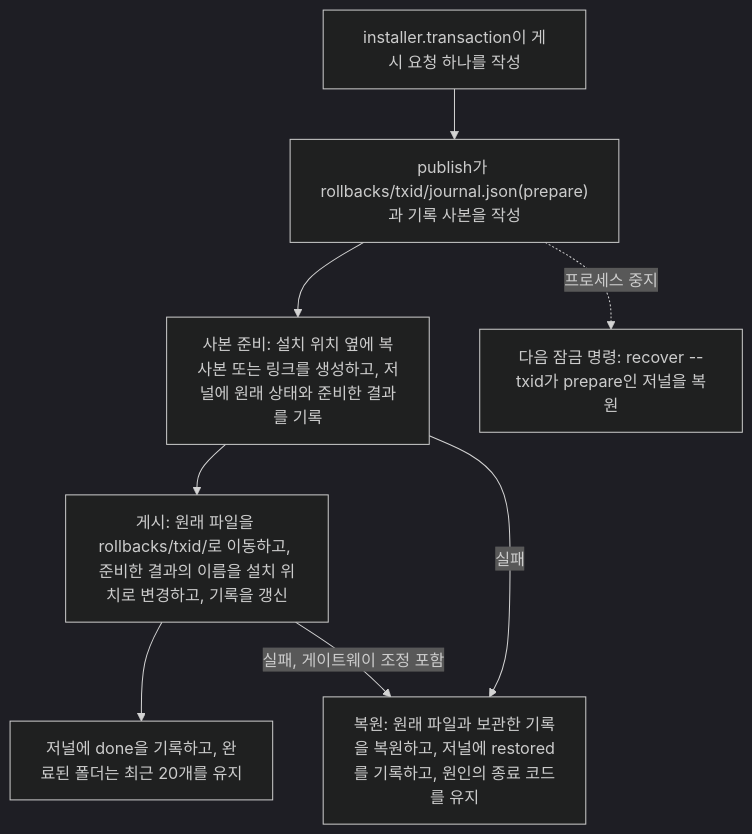
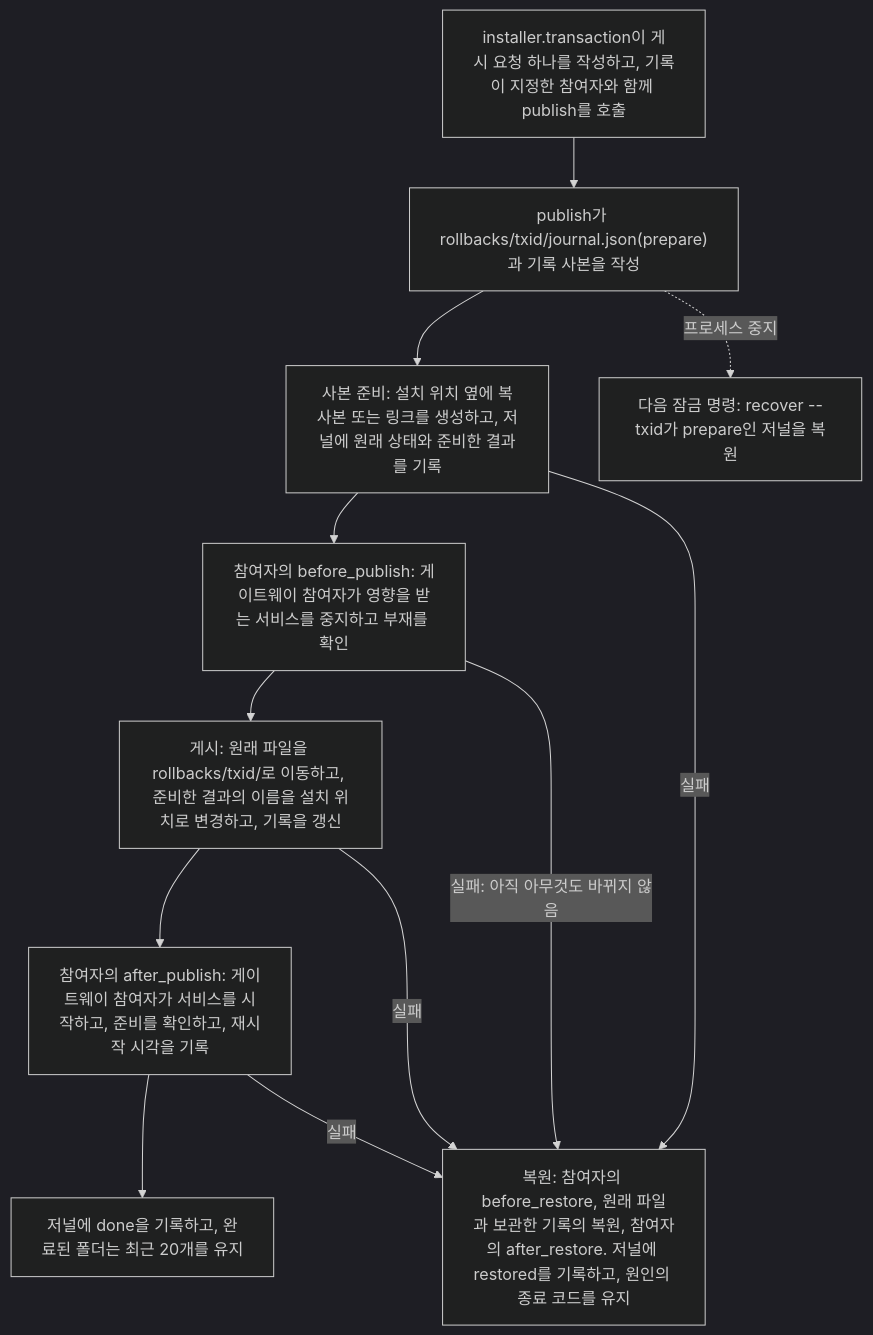
One commit to AidALL/ghost-alice changed the first of 2 diagrams in docs/ko/reference/installer-architecture.md. Above: the diagram before and after it, drawn with Mermaid (dark theme). The commit also changed other lines of this file and 13 other files, not shown here.

````diff
--- a/docs/ko/reference/installer-architecture.md
+++ b/docs/ko/reference/installer-architecture.md
@@ -97,14 +101,18 @@
 ```mermaid
 flowchart TB
-    REQ["installer.transaction이 게시 요청 하나를 작성"]
+    REQ["installer.transaction이 게시 요청 하나를 작성하고, 기록이 지정한 참여자와 함께 publish를 호출"]
     JR["publish가 rollbacks/txid/journal.json(prepare)과 기록 사본을 작성"]
     ST["사본 준비: 설치 위치 옆에 복사본 또는 링크를 생성하고, 저널에 원래 상태와 준비한 결과를 기록"]
+    BEF["참여자의 before_publish: 게이트웨이 참여자가 영향을 받는 서비스를 중지하고 부재를 확인"]
     PUB["게시: 원래 파일을 rollbacks/txid/로 이동하고, 준비한 결과의 이름을 설치 위치로 변경하고, 기록을 갱신"]
+    AFT["참여자의 after_publish: 게이트웨이 참여자가 서비스를 시작하고, 준비를 확인하고, 재시작 시각을 기록"]
     DONE["저널에 done을 기록하고, 완료된 폴더는 최근 20개를 유지"]
-    RS["복원: 원래 파일과 보관한 기록을 복원하고, 저널에 restored를 기록하고, 원인의 종료 코드를 유지"]
+    RS["복원: 참여자의 before_restore, 원래 파일과 보관한 기록의 복원, 참여자의 after_restore. 저널에 restored를 기록하고, 원인의 종료 코드를 유지"]
     NEXT["다음 잠금 명령: recover --txid가 prepare인 저널을 복원"]
-    REQ --> JR --> ST --> PUB --> DONE
+    REQ --> JR --> ST --> BEF --> PUB --> AFT --> DONE
     ST -->|"실패"| RS
-    PUB -->|"실패, 게이트웨이 조정 포함"| RS
+    BEF -->|"실패: 아직 아무것도 바뀌지 않음"| RS
+    PUB -->|"실패"| RS
+    AFT -->|"실패"| RS
     JR -.->|"프로세스 중지"| NEXT
 ```
````
